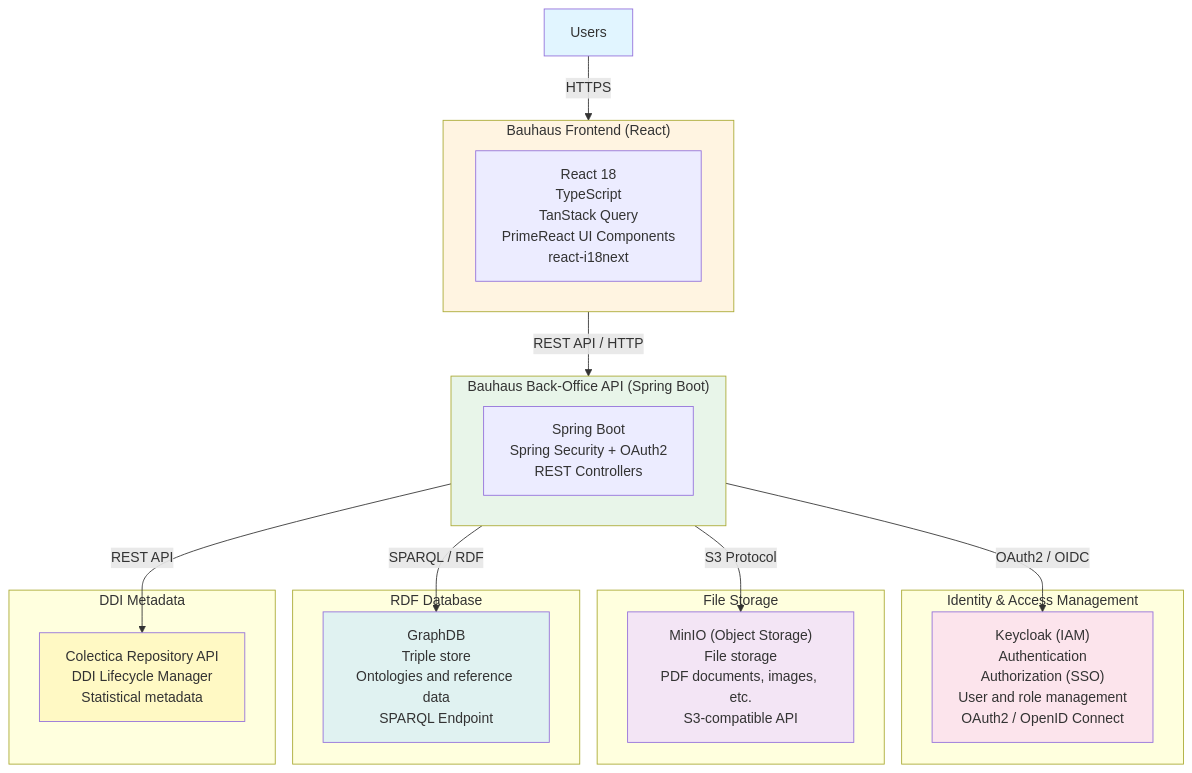
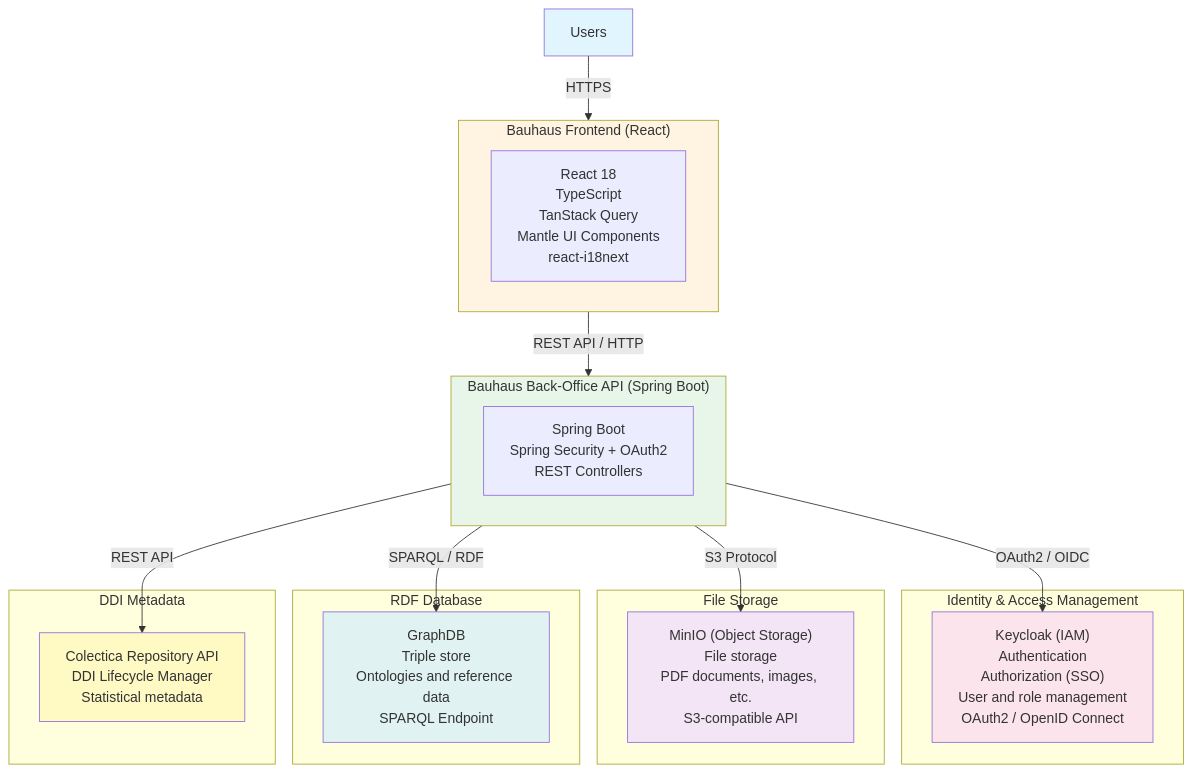
One commit to InseeFr/Bauhaus changed the diagram in documentation/src/content/docs/guides/architecture.md. Above: the diagram before and after it, drawn with Mermaid. The commit also changed other lines of this file and 78 other files, not shown here.

Commit message:
build: replace primereact with its MIT fork @mantle-ui/react, primereact 11 moving to a paid licence

````diff
--- a/documentation/src/content/docs/guides/architecture.md
+++ b/documentation/src/content/docs/guides/architecture.md
@@ -12,43 +12,43 @@
 ```mermaid
 graph TB
     Users[Users]
 
     subgraph Frontend["Bauhaus Frontend (React)"]
-        React["React 18<br/>TypeScript<br/>TanStack Query<br/>PrimeReact UI Components<br/>react-i18next"]
+        React["React 18<br/>TypeScript<br/>TanStack Query<br/>Mantle UI Components<br/>react-i18next"]
     end
 
     subgraph Backend["Bauhaus Back-Office API (Spring Boot)"]
         SpringBoot["Spring Boot<br/>Spring Security + OAuth2<br/>REST Controllers"]
     end
 
     subgraph Security["Identity & Access Management"]
         Keycloak["Keycloak (IAM)<br/>Authentication<br/>Authorization (SSO)<br/>User and role management<br/>OAuth2 / OpenID Connect"]
     end
 
     subgraph Storage["File Storage"]
         MinIO["MinIO (Object Storage)<br/>File storage<br/>PDF documents, images, etc.<br/>S3-compatible API"]
     end
 
     subgraph Database["RDF Database"]
         GraphDB["GraphDB<br/>Triple store<br/>Ontologies and reference data<br/>SPARQL Endpoint"]
     end
 
     subgraph Metadata["DDI Metadata"]
         Colectica["Colectica Repository API<br/>DDI Lifecycle Manager<br/>Statistical metadata"]
     end
 
     Users -->|HTTPS| Frontend
     Frontend -->|REST API / HTTP| Backend
     Backend -->|OAuth2 / OIDC| Keycloak
     Backend -->|SPARQL / RDF| GraphDB
     Backend -->|S3 Protocol| MinIO
     Backend -->|REST API| Colectica
 
     style Users fill:#e1f5ff
     style Frontend fill:#fff4e1
     style Backend fill:#e8f5e9
     style Keycloak fill:#fce4ec
     style MinIO fill:#f3e5f5
     style GraphDB fill:#e0f2f1
     style Colectica fill:#fff9c4
 ```
````
